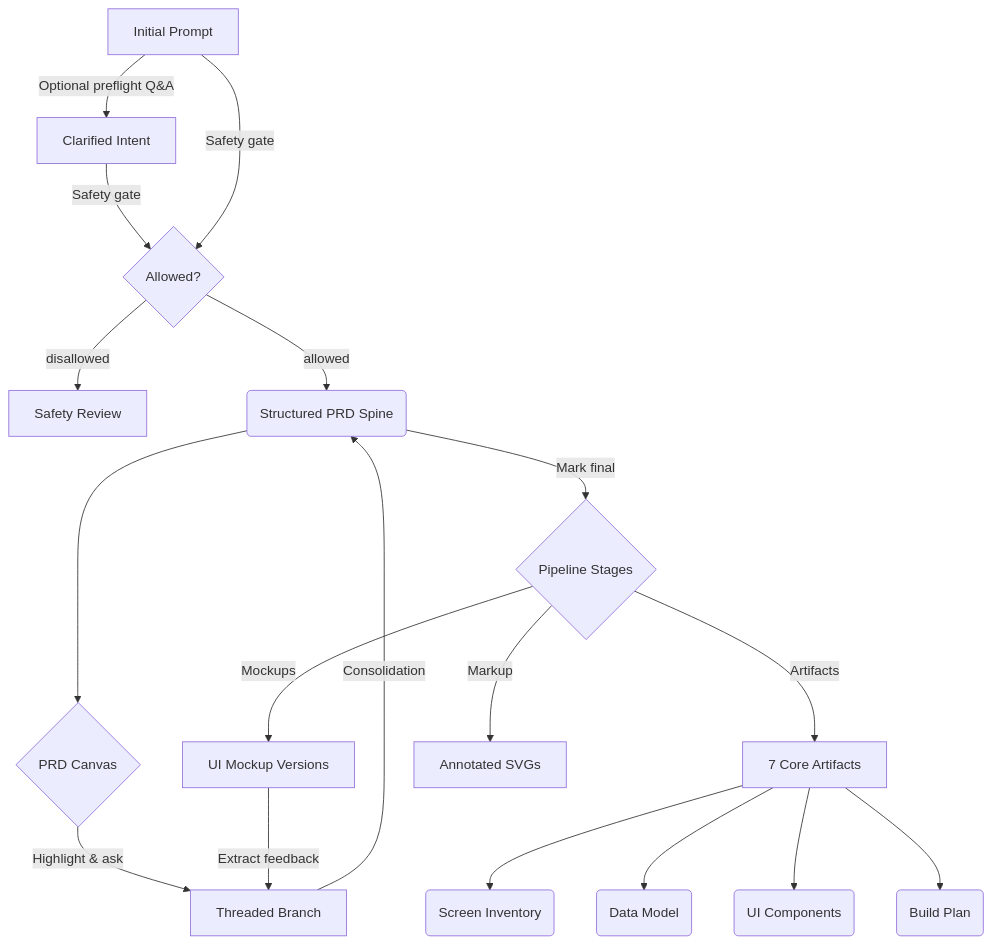
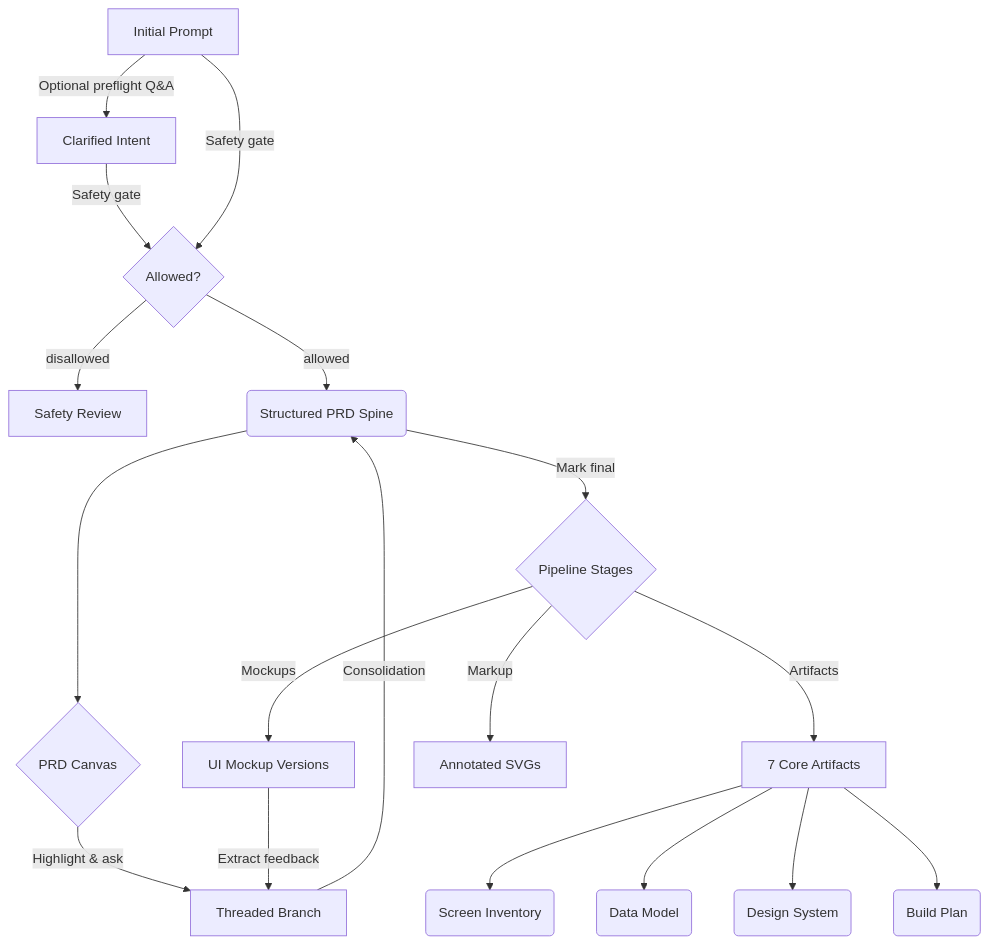
The diagram in README.md (TGALLOWAY1/Synapse), drawn with Mermaid before and after one commit. The commit also changed other lines of this file and 3 other files, not shown here.

````diff
--- a/README.md
+++ b/README.md
@@ -272,23 +270,23 @@
 ```mermaid
 graph TD
     A[Initial Prompt] -->|Optional preflight Q&A| P[Clarified Intent]
     P -->|Safety gate| S{Allowed?}
     A -->|Safety gate| S
     S -->|disallowed| R[Safety Review]
     S -->|allowed| B(Structured PRD Spine)
     B --> C{PRD Canvas}
     C -->|Highlight & ask| D[Threaded Branch]
     D -->|Consolidation| B
 
     B -->|Mark final| E{Pipeline Stages}
     E -->|Mockups| F[UI Mockup Versions]
     F -->|Extract feedback| D
 
     E -->|Artifacts| H[7 Core Artifacts]
     E -->|Markup| I[Annotated SVGs]
 
     H --> J(Screen Inventory)
     H --> K(Data Model)
-    H --> L(UI Components)
+    H --> L(Design System)
     H --> M(Build Plan)
 ```
````
